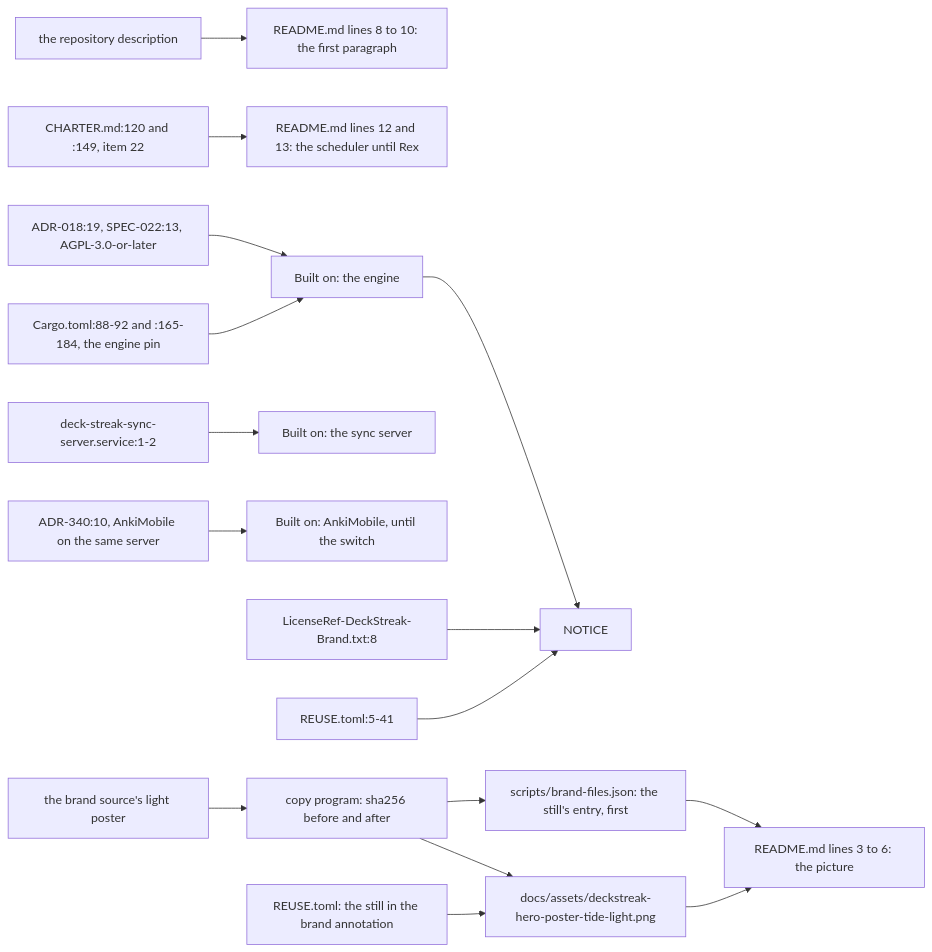
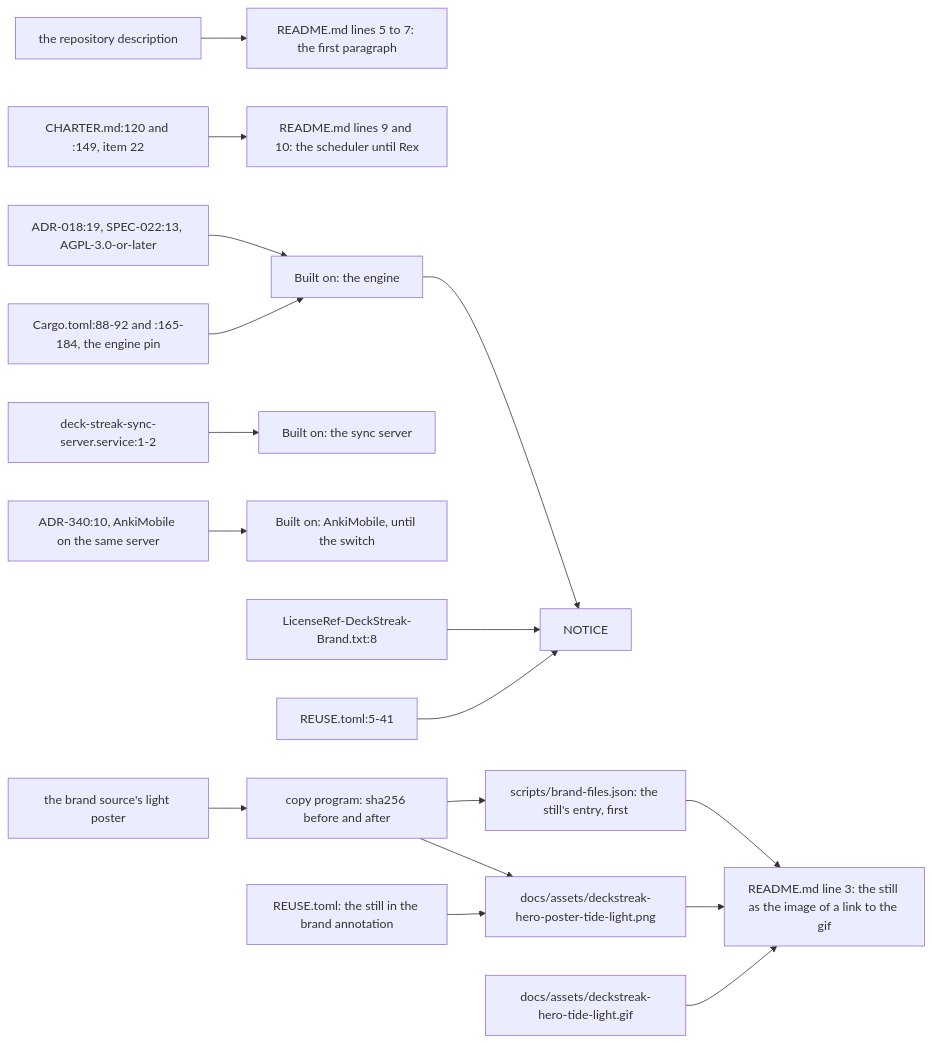
Before and after one commit to RexRenatus/deck-streak: the first of 2 diagrams in docs/schematics/identity-docs.md, drawn with Mermaid. The commit also changed other lines of this file and 6 other files, not shown here.

Commit message:
docs(identity): the README hero becomes a still linked to the animation

````diff
--- a/docs/schematics/identity-docs.md
+++ b/docs/schematics/identity-docs.md
@@ -8,18 +8,19 @@
 ```mermaid
 flowchart LR
-  DESC["the repository description"] --> OPEN["README.md lines 8 to 10: the first paragraph"]
-  CH22["CHARTER.md:120 and :149, item 22"] --> SCHED["README.md lines 12 and 13: the scheduler until Rex"]
+  DESC["the repository description"] --> OPEN["README.md lines 5 to 7: the first paragraph"]
+  CH22["CHARTER.md:120 and :149, item 22"] --> SCHED["README.md lines 9 and 10: the scheduler until Rex"]
   PIN["Cargo.toml:88-92 and :165-184, the engine pin"] --> ENGINE["Built on: the engine"]
   LIC["ADR-018:19, SPEC-022:13, AGPL-3.0-or-later"] --> ENGINE
   SYNC["deck-streak-sync-server.service:1-2"] --> SERVER["Built on: the sync server"]
   MOBILE["ADR-340:10, AnkiMobile on the same server"] --> AM["Built on: AnkiMobile, until the switch"]
   BRANDLIC["LicenseRef-DeckStreak-Brand.txt:8"] --> NOTICE["NOTICE"]
   REUSE["REUSE.toml:5-41"] --> NOTICE
   ENGINE --> NOTICE
   POSTER["the brand source's light poster"] --> COPY["copy program: sha256 before and after"]
   COPY --> STILL["docs/assets/deckstreak-hero-poster-tide-light.png"]
   COPY --> LIST["scripts/brand-files.json: the still's entry, first"]
-  STILL --> HERO["README.md lines 3 to 6: the picture"]
+  STILL --> HERO["README.md line 3: the still as the image of a link to the gif"]
+  GIFF["docs/assets/deckstreak-hero-tide-light.gif"] --> HERO
   LIST --> HERO
   REUSEADD["REUSE.toml: the still in the brand annotation"] --> STILL
 ```
````
